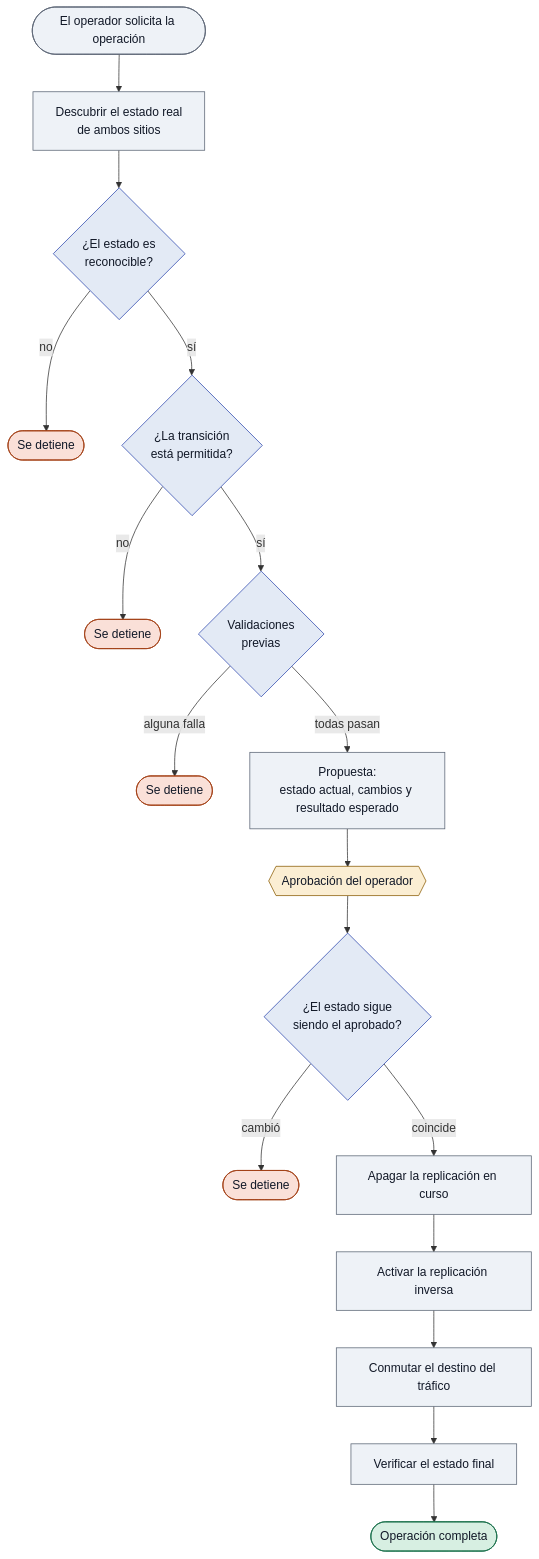
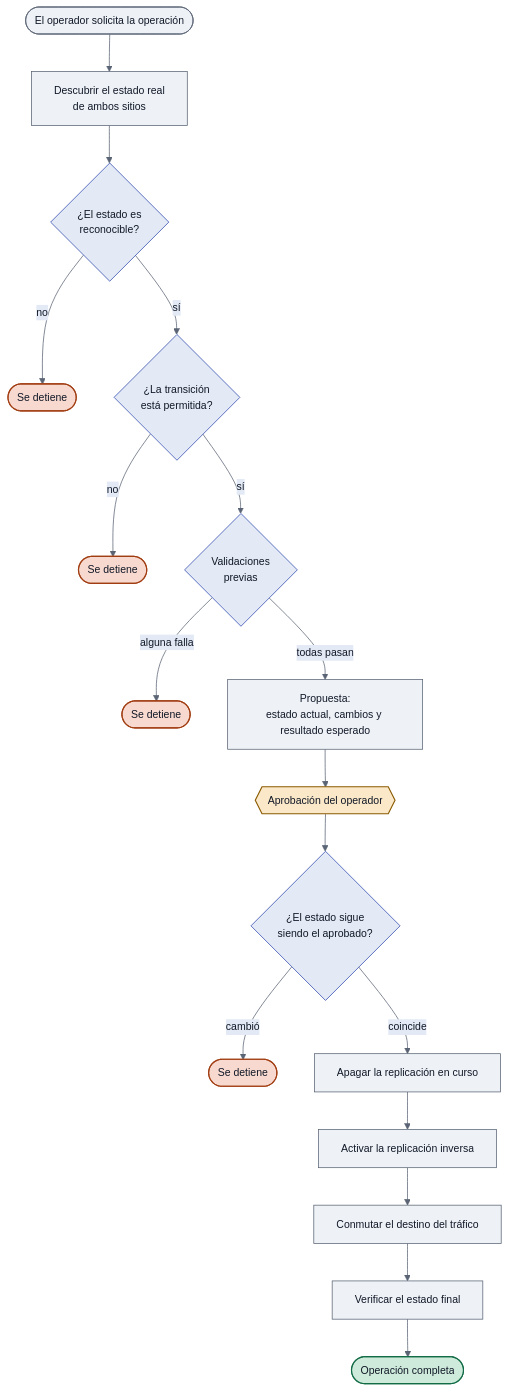
The diagram in README.md (Crittan01/aap-kafka-automation), drawn with Mermaid before and after one commit.

Commit message:
Diagrama: fijar el tema base para que el renderizador no imponga su paleta oscura

````diff
--- a/README.md
+++ b/README.md
@@ -15,31 +15,32 @@
 ```mermaid
+%%{init: {'theme':'base','themeVariables':{'primaryColor':'#eef2f7','primaryTextColor':'#111827','primaryBorderColor':'#5a6474','lineColor':'#5a6474','secondaryColor':'#e3eaf5','tertiaryColor':'#ffffff','background':'#ffffff','mainBkg':'#eef2f7','textColor':'#111827','fontSize':'14px'}}}%%
 flowchart TD
     OP([El operador solicita la operación]) --> DESC[Descubrir el estado real<br/>de ambos sitios]
     DESC --> COH{¿El estado es<br/>reconocible?}
     COH -->|no| S1([Se detiene])
     COH -->|sí| VAL{¿La transición<br/>está permitida?}
     VAL -->|no| S2([Se detiene])
     VAL -->|sí| PRE{Validaciones<br/>previas}
     PRE -->|alguna falla| S3([Se detiene])
     PRE -->|todas pasan| PROP[Propuesta:<br/>estado actual, cambios y resultado esperado]
     PROP --> APR{{Aprobación del operador}}
     APR --> REV{¿El estado sigue<br/>siendo el aprobado?}
     REV -->|cambió| S4([Se detiene])
     REV -->|coincide| EX1[Apagar la replicación en curso]
     EX1 --> EX2[Activar la replicación inversa]
     EX2 --> EX3[Conmutar el destino del tráfico]
     EX3 --> VER[Verificar el estado final]
     VER --> FIN([Operación completa])
 
-    classDef paso    fill:#eef2f7,stroke:#5a6474,color:#111827
-    classDef decision fill:#e3eaf5,stroke:#2b46ae,color:#111827
-    classDef detiene fill:#fae0d8,stroke:#a13d12,color:#111827
-    classDef aprueba fill:#fbeed3,stroke:#8a5a00,color:#111827
-    classDef fin     fill:#d7efe2,stroke:#136c46,color:#111827
+    classDef paso     fill:#eef2f7,stroke:#5a6474,color:#111827,stroke-width:1px
+    classDef decision fill:#e3eaf5,stroke:#2b46ae,color:#111827,stroke-width:1px
+    classDef detiene  fill:#f7d9cf,stroke:#a13d12,color:#111827,stroke-width:1.5px
+    classDef aprueba  fill:#fae8c8,stroke:#8a5a00,color:#111827,stroke-width:1.5px
+    classDef fin      fill:#cdeadb,stroke:#136c46,color:#111827,stroke-width:1.5px
 
     class OP,DESC,PROP,EX1,EX2,EX3,VER paso
     class COH,VAL,PRE,REV decision
     class S1,S2,S3,S4 detiene
     class APR aprueba
     class FIN fin
 ```
````
